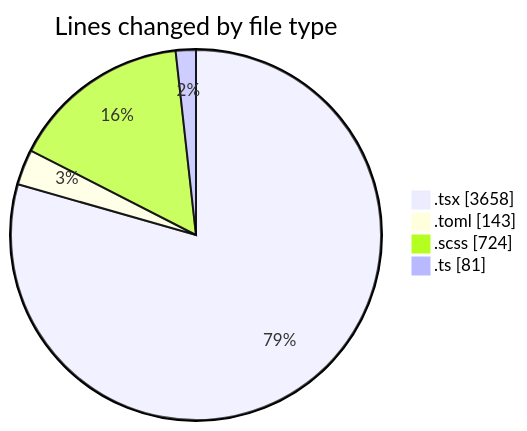
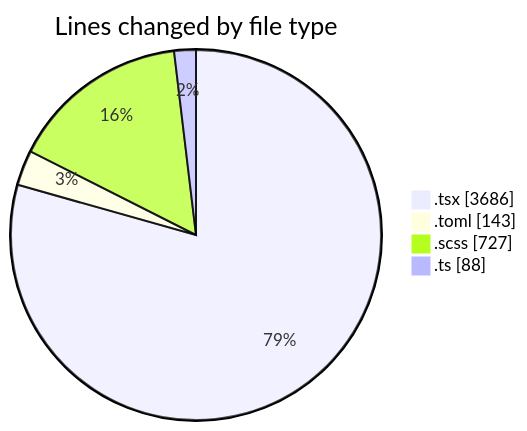
One commit to momahboobian/code-tracking changed the first of 2 diagrams in 2026-11-02/cda/README.md. Above: the diagram before and after it, drawn with Mermaid. The commit also changed other lines of this file and 1 other file, not shown here.

````diff
--- a/2026-11-02/cda/README.md
+++ b/2026-11-02/cda/README.md
@@ -49,8 +50,8 @@
 ```mermaid
 pie showData
 title Lines changed by file type
-".tsx" : 3658
+".tsx" : 3686
 ".toml" : 143
-".scss" : 724
-".ts" : 81
+".scss" : 727
+".ts" : 88
 ```
````
